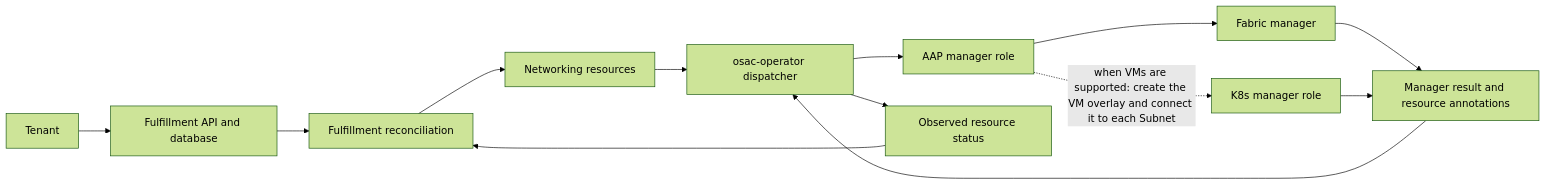
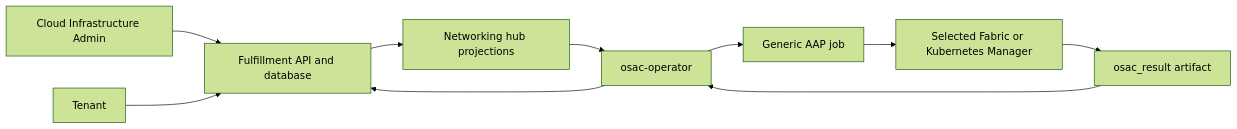
The diagram in enhancements/OSAC-1433-unified-networking/design.md (danmanor/enhancement-proposals), drawn with Mermaid (forest theme) before and after one commit. The commit also changed other lines of this file and 3 other files, not shown here.

````diff
--- a/enhancements/OSAC-1433-unified-networking/design.md
+++ b/enhancements/OSAC-1433-unified-networking/design.md
@@ -929,15 +885,12 @@
 ```mermaid
 flowchart LR
-    Tenant --> API["Fulfillment API and database"]
-    API --> Reconcile["Fulfillment reconciliation"]
-    Reconcile --> Resources["Networking resources"]
-    Resources --> Operator["osac-operator dispatcher"]
-    Operator --> AAP["AAP manager role"]
-    AAP --> Fabric["Fabric manager"]
-    AAP -. "when VMs are supported: create the VM overlay and connect it to each Subnet" .-> K8s["K8s manager role"]
-    Fabric --> Result["Manager result and resource annotations"]
-    K8s --> Result
+    Admin[Cloud Infrastructure Admin] --> API[Fulfillment API and database]
+    Tenant[Tenant] --> API
+    API --> Projection[Networking hub projections]
+    Projection --> Operator[osac-operator]
+    Operator --> AAP[Generic AAP job]
+    AAP --> Manager[Selected Fabric or Kubernetes Manager]
+    Manager --> Result[osac_result artifact]
     Result --> Operator
-    Operator --> Status["Observed resource status"]
-    Status --> Reconcile
+    Operator --> API
 ```
````
